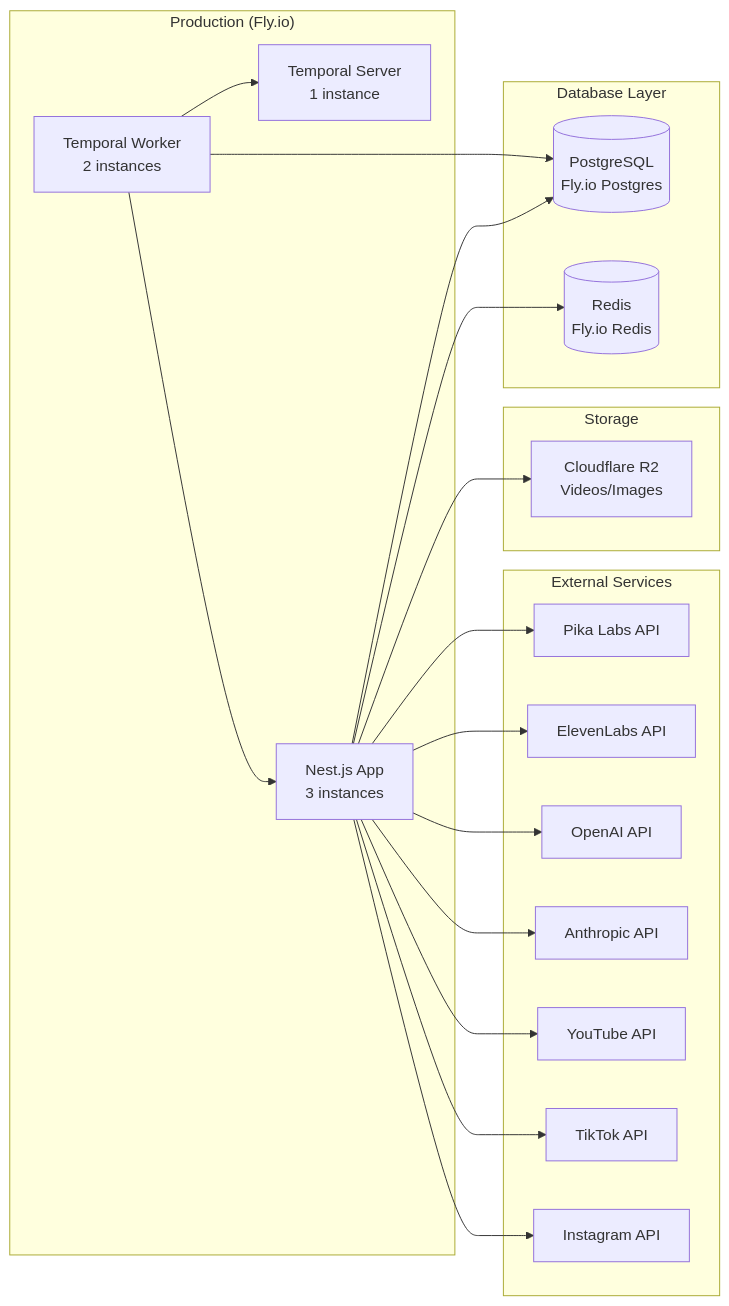
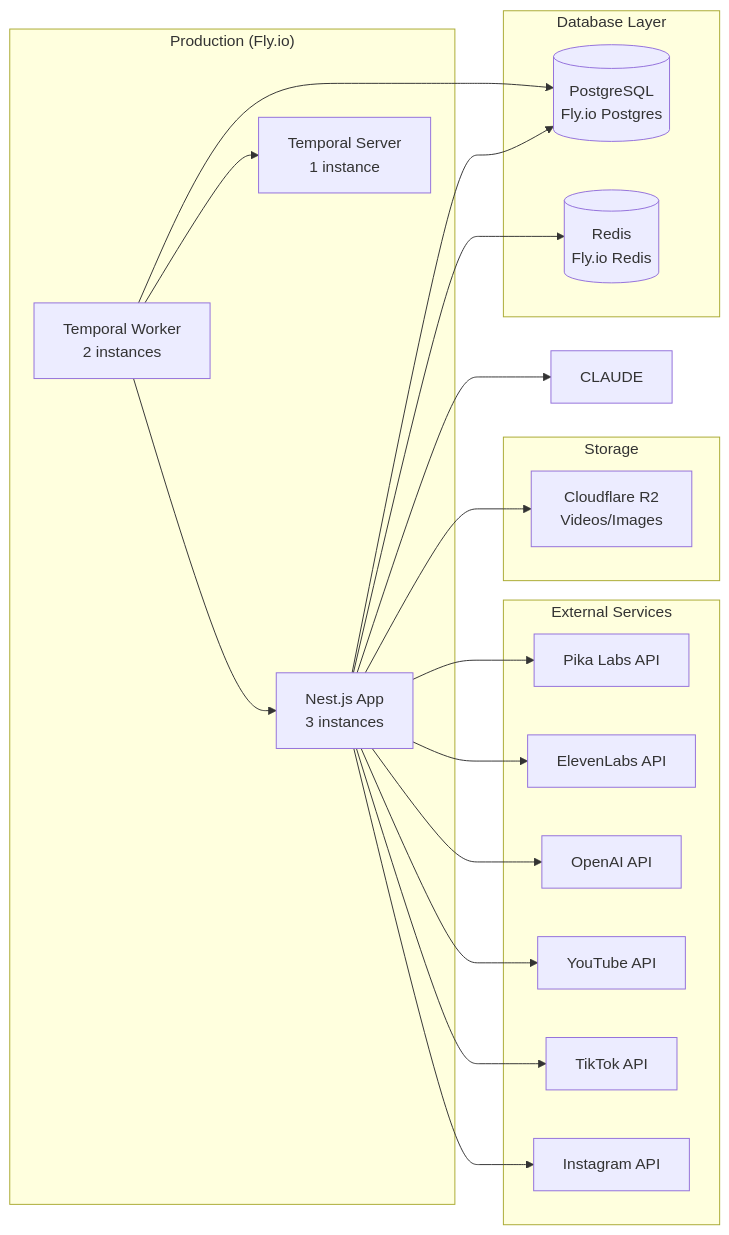
The second of 2 diagrams in docs/system-architecture.md (magic-ai-trading-bot/ai-affiliate-empire), drawn with Mermaid before and after one commit. The commit also changed other lines of this file and 75 other files, not shown here.

First line of the commit message:
refactor(dependencies): remove Anthropic Claude AI integration

````diff
--- a/docs/system-architecture.md
+++ b/docs/system-architecture.md
@@ -326,42 +326,41 @@
 ```mermaid
 graph LR
     subgraph "Production (Fly.io)"
         APP[Nest.js App<br/>3 instances]
         WORKER[Temporal Worker<br/>2 instances]
         TEMPORAL_SERVER[Temporal Server<br/>1 instance]
     end
 
     subgraph "Database Layer"
         PG[(PostgreSQL<br/>Fly.io Postgres)]
         REDIS[(Redis<br/>Fly.io Redis)]
     end
 
     subgraph "Storage"
         R2[Cloudflare R2<br/>Videos/Images]
     end
 
     subgraph "External Services"
         PIKA[Pika Labs API]
         ELEVEN[ElevenLabs API]
         OPENAI[OpenAI API]
-        CLAUDE[Anthropic API]
         YOUTUBE[YouTube API]
         TIKTOK[TikTok API]
         INSTAGRAM[Instagram API]
     end
 
     APP --> PG
     APP --> REDIS
     APP --> R2
     WORKER --> TEMPORAL_SERVER
     WORKER --> PG
     WORKER --> APP
 
     APP --> PIKA
     APP --> ELEVEN
     APP --> OPENAI
     APP --> CLAUDE
     APP --> YOUTUBE
     APP --> TIKTOK
     APP --> INSTAGRAM
 ```
````
